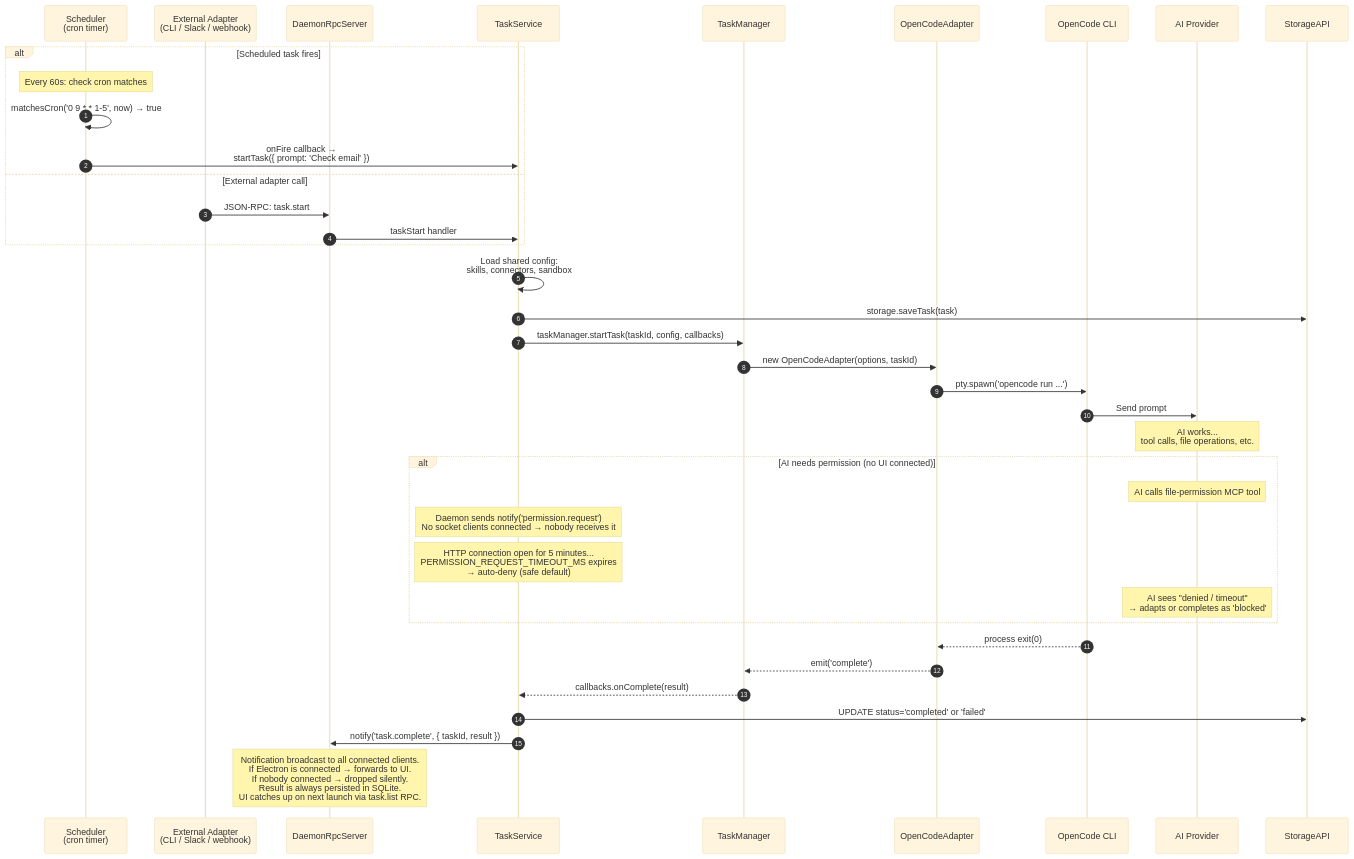
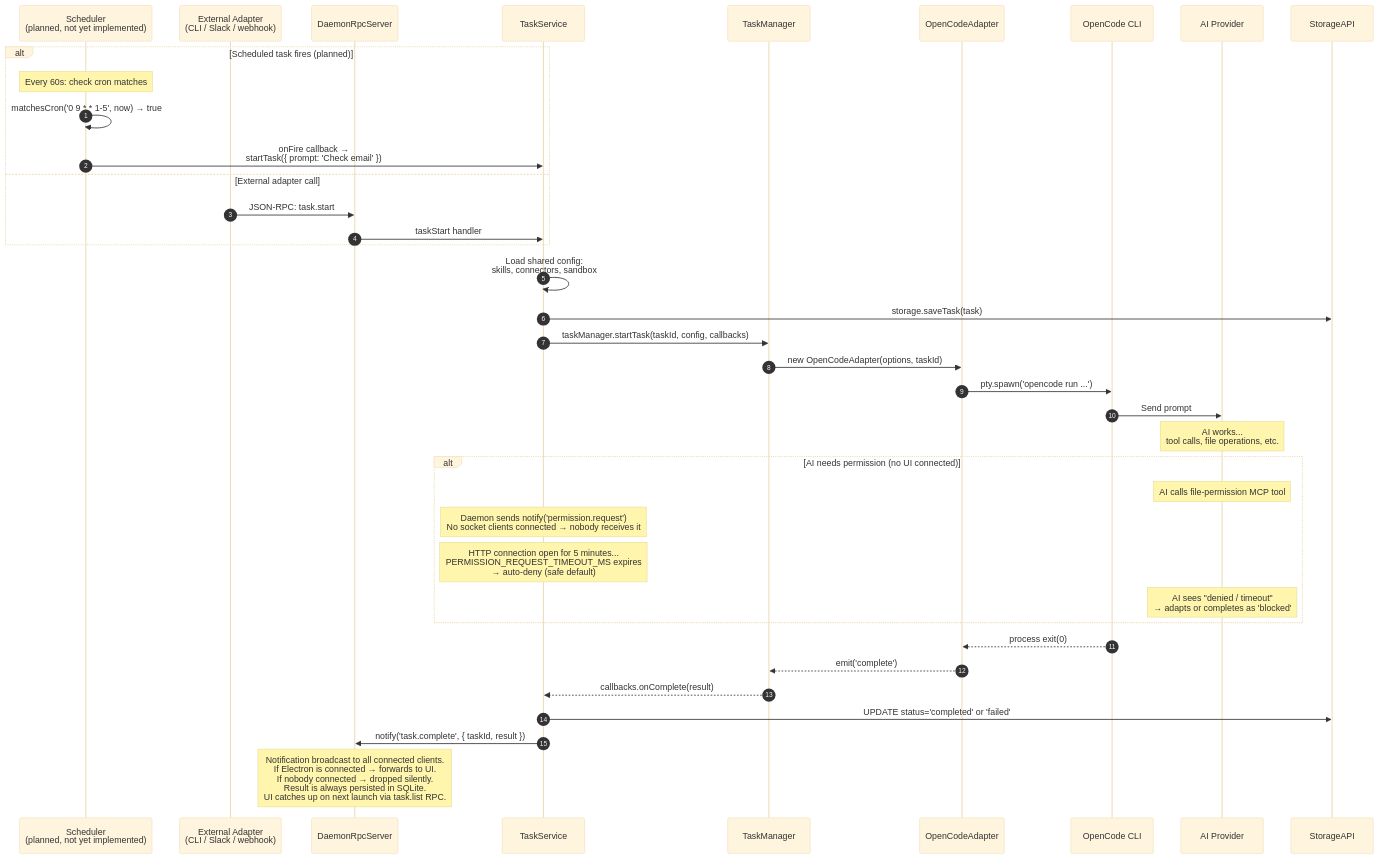
Before and after one commit to xztxy/openwork: the fourth of 13 diagrams in docs/daemon-final-architecture.md, drawn with Mermaid (base theme). The commit also changed other lines of this file and 8 other files, not shown here.

````diff
--- a/docs/daemon-final-architecture.md
+++ b/docs/daemon-final-architecture.md
@@ -310,47 +312,47 @@
 ```mermaid
 sequenceDiagram
     autonumber
-    participant Sched as Scheduler<br/>(cron timer)
+    participant Sched as Scheduler<br/>(planned, not yet implemented)
     participant Adapter as External Adapter<br/>(CLI / Slack / webhook)
     participant RPC as DaemonRpcServer
     participant TS as TaskService
     participant TM as TaskManager
     participant OCA as OpenCodeAdapter
     participant PTY as OpenCode CLI
     participant AI as AI Provider
     participant Storage as StorageAPI
 
-    alt Scheduled task fires
+    alt Scheduled task fires (planned)
         Note over Sched: Every 60s: check cron matches
         Sched->>Sched: matchesCron('0 9 * * 1-5', now) → true
         Sched->>TS: onFire callback →<br/>startTask({ prompt: 'Check email' })
     else External adapter call
         Adapter->>RPC: JSON-RPC: task.start
         RPC->>TS: taskStart handler
     end
 
     TS->>TS: Load shared config:<br/>skills, connectors, sandbox
     TS->>Storage: storage.saveTask(task)
     TS->>TM: taskManager.startTask(taskId, config, callbacks)
     TM->>OCA: new OpenCodeAdapter(options, taskId)
     OCA->>PTY: pty.spawn('opencode run ...')
     PTY->>AI: Send prompt
 
     Note over AI: AI works...<br/>tool calls, file operations, etc.
 
     alt AI needs permission (no UI connected)
         Note over AI: AI calls file-permission MCP tool
         Note over TS: Daemon sends notify('permission.request')<br/>No socket clients connected → nobody receives it
         Note over TS: HTTP connection open for 5 minutes...<br/>PERMISSION_REQUEST_TIMEOUT_MS expires<br/>→ auto-deny (safe default)
         Note over AI: AI sees "denied / timeout"<br/>→ adapts or completes as 'blocked'
     end
 
     PTY-->>OCA: process exit(0)
     OCA-->>TM: emit('complete')
     TM-->>TS: callbacks.onComplete(result)
     TS->>Storage: UPDATE status='completed' or 'failed'
 
     TS->>RPC: notify('task.complete', { taskId, result })
 
     Note over RPC: Notification broadcast to all connected clients.<br/>If Electron is connected → forwards to UI.<br/>If nobody connected → dropped silently.<br/>Result is always persisted in SQLite.<br/>UI catches up on next launch via task.list RPC.
 ```
````
